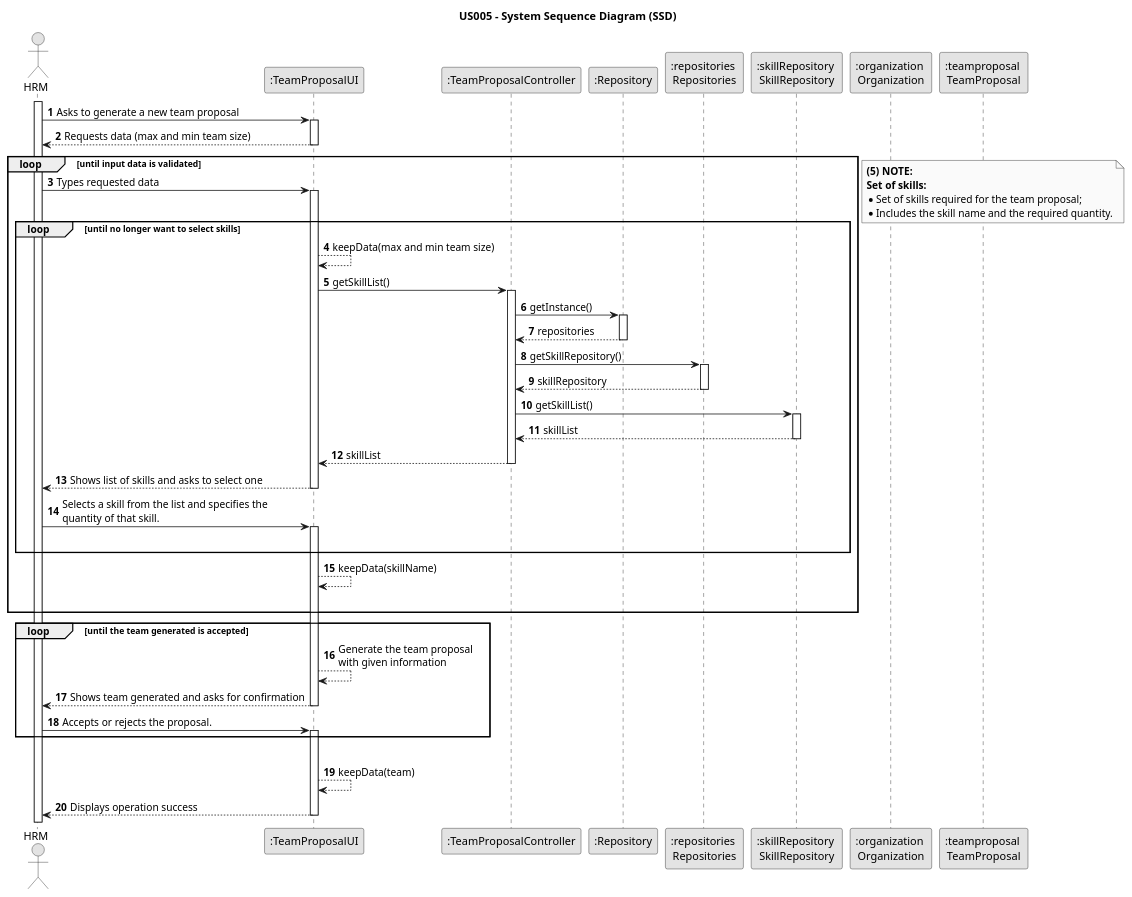
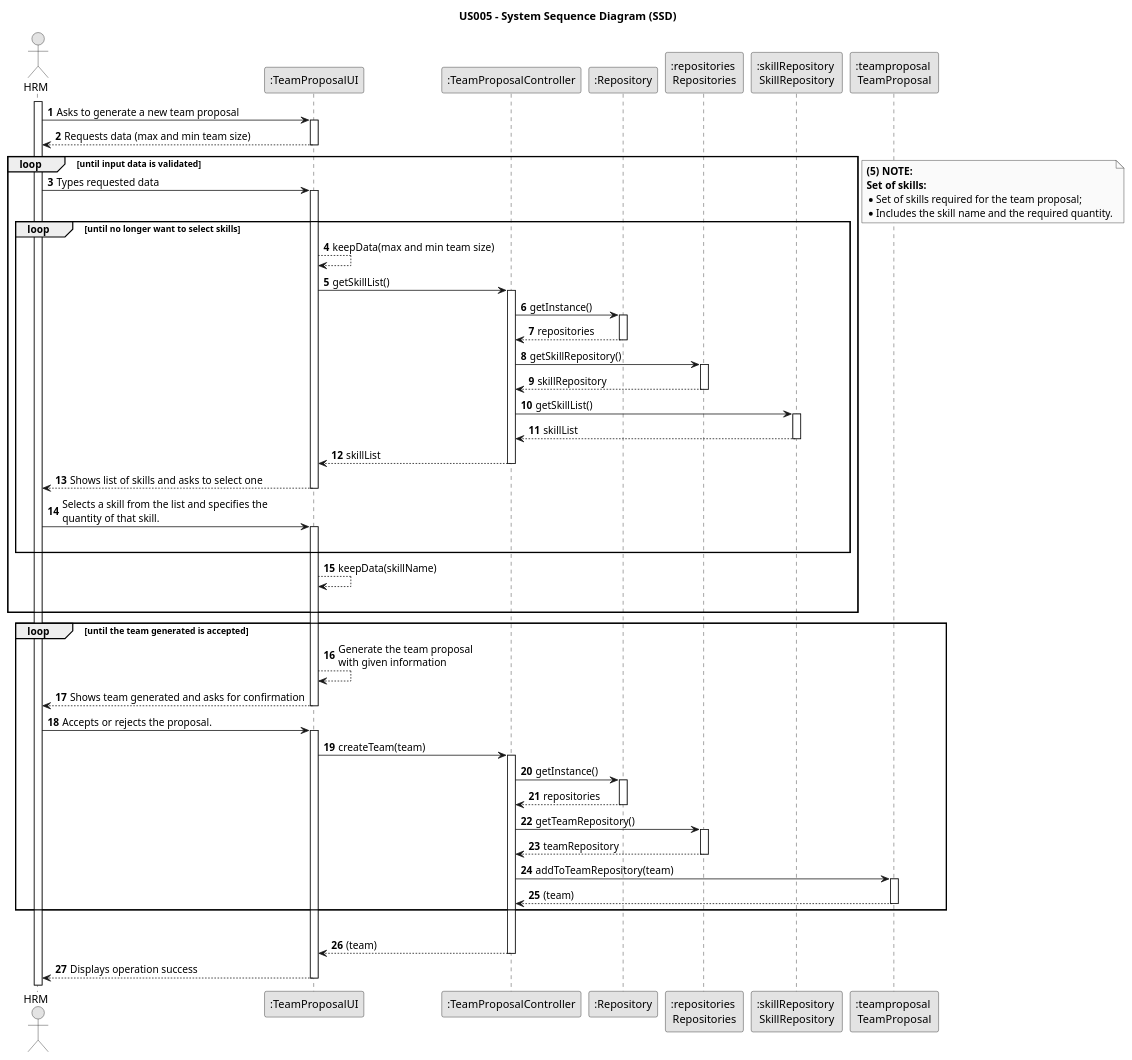
The diagram in docs/sprintB/us005/03.design/puml/us005-system-sequence-diagram.puml (Rui-San/LAPR2_2023_2024), drawn with PlantUML before and after one commit. The commit also changed 1 other file, not shown here.

Commit message:
us005\design: -sequence diagram adjusted and SVG generated

```diff
--- a/docs/sprintB/us005/03.design/puml/us005-system-sequence-diagram.puml
+++ b/docs/sprintB/us005/03.design/puml/us005-system-sequence-diagram.puml
@@ -1,98 +1,117 @@
 @startuml
 skinparam monochrome true
 skinparam packageStyle rectangle
 skinparam shadowing false
 
 title US005 - System Sequence Diagram (SSD)
 
 autonumber
 
 actor "HRM" as Employee
 participant ":TeamProposalUI" as System
 participant ":TeamProposalController" as TPC
 participant ":Repository" as REP
 participant ":repositories \nRepositories" as REPS
 participant ":skillRepository \nSkillRepository" as SR
-participant ":organization \nOrganization" as ORG
 participant ":teamproposal \nTeamProposal" as TP
 
 
 activate Employee
 
     Employee -> System : Asks to generate a new team proposal
     activate System
 
         System --> Employee : Requests data (max and min team size)
     deactivate System
 
     loop until input data is validated
 
     Employee -> System : Types requested data
 
 
     |||
         loop until no longer want to select skills
             activate System
                 System --> System : keepData(max and min team size)
                 System -> TPC : getSkillList()
 
                 activate TPC
                     TPC -> REP : getInstance()
 
                     activate REP
                         REP --> TPC : repositories
                     deactivate REP
                     TPC -> REPS : getSkillRepository()
 
                     activate REPS
                         REPS --> TPC : skillRepository
                     deactivate REPS
 
                     TPC -> SR : getSkillList()
 
                     activate SR
                     SR --> TPC : skillList
                     deactivate SR
 
                     TPC --> System : skillList
                 deactivate TPC
                 System --> Employee : Shows list of skills and asks to select one
             deactivate System
 
             Employee -> System : Selects a skill from the list and specifies the \nquantity of that skill.
             activate System
     |||
         end loop
 
     System --> System : keepData(skillName)
     |||
 
         end loop
 
         note right
                 **(5) NOTE:**
                 **Set of skills:**
                 *Set of skills required for the team proposal;
                 *Includes the skill name and the required quantity.
         end note
 
     loop until the team generated is accepted
     System --> System: Generate the team proposal\nwith given information
 
 
         System --> Employee : Shows team generated and asks for confirmation
 
     deactivate System
+
+
     Employee -> System : Accepts or rejects the proposal.
     activate System
+        System -> TPC : createTeam(team)
+        activate TPC
+            TPC -> REP : getInstance()
+
+                activate REP
+                REP --> TPC : repositories
+                deactivate REP
+                TPC -> REPS : getTeamRepository()
+
+                activate REPS
+                REPS --> TPC : teamRepository
+                deactivate REPS
+                TPC -> TP : addToTeamRepository(team)
+
+                activate TP
+                TP --> TPC : (team)
+                deactivate TP
+
 
     end loop
     |||
+        TPC --> System : (team)
+        deactivate TPC
 
 
-    activate System
-        System --> System : keepData(team)
         System --> Employee : Displays operation success
     deactivate System
 
 @enduml
```
